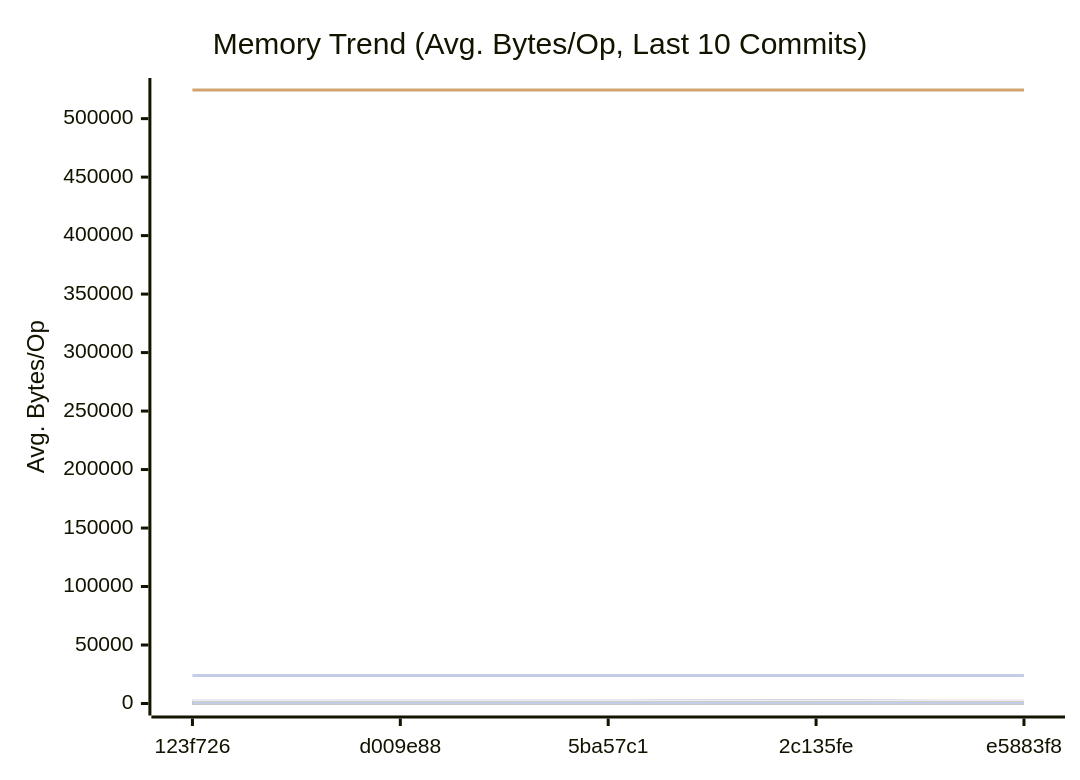
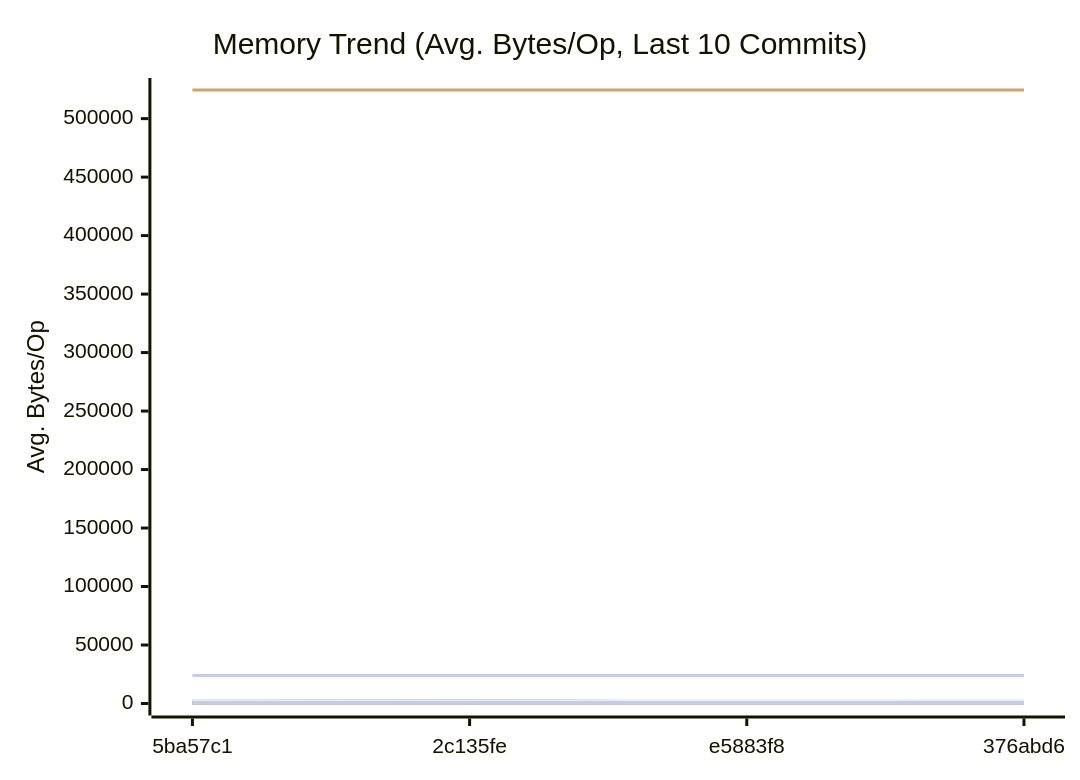
One commit to alsotoes/momo changed the second of 3 diagrams in docs/PERFORMANCE.md. Above: the diagram before and after it, drawn with Mermaid. The commit also changed other lines of this file and 1 other file, not shown here.

````diff
--- a/docs/PERFORMANCE.md
+++ b/docs/PERFORMANCE.md
@@ -310,44 +310,44 @@
 ```mermaid
 xychart-beta
     title "Memory Trend (Avg. Bytes/Op, Last 10 Commits)"
     x-axis "Commit"
     y-axis "Avg. Bytes/Op"
-    x-axis [123f726,d009e88,5ba57c1,2c135fe,e5883f8]
-    line "AWSChunkedReaderSigned" [120,108,126,118,88,161,167,124,108,128]
-    line "AWSChunkedReaderUnsigned" [114,131,113,112,99,161,164,139,116,147]
+    x-axis [5ba57c1,2c135fe,e5883f8,376abd6]
+    line "AWSChunkedReaderSigned" [126,118,88,161,167,124,108,128,114,123]
+    line "AWSChunkedReaderUnsigned" [113,112,99,161,164,139,116,147,109,121]
     line "CheckMetricsAndSwap" [0,0,0,0,0,0,0,0,0,0]
     line "CrushOptimized" [0,0,0,0,0,0,0,0,0,0]
     line "CrushOriginal" [164,164,164,164,164,164,164,164,164,164]
-    line "FormatListObjectsV2XML_AppendFormat" [524471,524446,524472,524454,524455,524439,524442,524446,524462,524483]
+    line "FormatListObjectsV2XML_AppendFormat" [524472,524454,524455,524439,524442,524446,524462,524483,524463,524491]
     line "FormatListObjectsV2XML_OldFormat" [24000,24000,24000,24000,24000,24000,24000,24000,24000,24000]
-    line "HashBytes/1MiB" [290,192,235,210,295,265,304,292,205,221]
-    line "HashBytes/256MiB" [223,299,222,227,257,282,305,290,229,220]
-    line "HashBytes/64MiB" [223,223,195,242,298,280,320,276,225,211]
-    line "HashFile/1MiB" [220,288,221,243,239,312,273,313,212,204]
-    line "HashFile/256MiB" [267,242,219,218,259,338,304,264,203,205]
-    line "HashFile/64MiB" [279,243,223,234,270,336,269,324,201,204]
+    line "HashBytes/1MiB" [235,210,295,265,304,292,205,221,207,239]
+    line "HashBytes/256MiB" [222,227,257,282,305,290,229,220,189,234]
+    line "HashBytes/64MiB" [195,242,298,280,320,276,225,211,189,213]
+    line "HashFile/1MiB" [221,243,239,312,273,313,212,204,182,175]
+    line "HashFile/256MiB" [219,218,259,338,304,264,203,205,211,184]
+    line "HashFile/64MiB" [223,234,270,336,269,324,201,204,237,203]
     line "IndexDirectTracking" [0,0,0,0,0,0,0,0,0,0]
     line "IndexSearch" [0,0,0,0,0,0,0,0,0,0]
     line "LastModifiedHeader_AppendFormat" [0,0,0,0,0,0,0,0,0,0]
     line "LastModifiedHeader_Format" [32,32,32,32,32,32,32,32,32,32]
     line "LoadGlobalConfig" [1976,1976,1976,1976,1976,1976,1976,1976,1976,1976]
-    line "LocalWrite/1MiB" [2000,2141,1920,2442,1282,1458,2352,2430,1992,1318]
-    line "LocalWrite/256MiB" [2198,2074,2231,2163,1698,2231,2851,2682,2123,1776]
-    line "LocalWrite/64MiB" [2347,2291,2205,2167,1927,2401,2788,2594,2044,1265]
+    line "LocalWrite/1MiB" [1920,2442,1282,1458,2352,2430,1992,1318,1899,1346]
+    line "LocalWrite/256MiB" [2231,2163,1698,2231,2851,2682,2123,1776,2213,1940]
+    line "LocalWrite/64MiB" [2205,2167,1927,2401,2788,2594,2044,1265,2063,1863]
     line "PadString" [64,64,64,64,64,64,64,64,64,64]
     line "ParseReplicationOrder_NoPrealloc" [408,408,408,408,408,248,248,248,248,248]
     line "ParseReplicationOrder_Prealloc" [240,240,240,240,240,80,80,80,80,80]
     line "Placement" [352,352,352,352,352,352,352,352,352,352]
     line "PlacementDomainSpread" [352,352,352,352,352,352,352,352,352,352]
-    line "ReadVerify/1MiB" [310,206,206,214,172,334,276,292,235,206]
-    line "ReadVerify/256MiB" [229,259,238,281,190,268,334,304,216,201]
-    line "ReadVerify/64MiB" [279,238,217,213,200,313,289,245,165,200]
-    line "S3PutSpool/1MiB" [188,261,207,221,160,277,241,233,181,162]
-    line "S3PutSpool/256MiB" [206,216,178,219,235,247,254,258,182,190]
-    line "S3PutSpool/64MiB" [211,189,243,247,177,273,230,242,175,170]
+    line "ReadVerify/1MiB" [206,214,172,334,276,292,235,206,264,221]
+    line "ReadVerify/256MiB" [238,281,190,268,334,304,216,201,233,215]
+    line "ReadVerify/64MiB" [217,213,200,313,289,245,165,200,233,217]
+    line "S3PutSpool/1MiB" [207,221,160,277,241,233,181,162,207,157]
+    line "S3PutSpool/256MiB" [178,219,235,247,254,258,182,190,202,165]
+    line "S3PutSpool/64MiB" [243,247,177,273,230,242,175,170,238,183]
     line "SanitizeLog/Safe" [0,0,0,0,0,0,0,0,0,0]
     line "SanitizeLog/Unsafe" [704,704,704,704,704,704,704,704,704,704]
-    line "TrustedRead/1MiB" [283,294,223,233,286,297,309,258,162,184]
-    line "TrustedRead/256MiB" [250,288,250,265,163,303,311,285,186,175]
-    line "TrustedRead/64MiB" [258,271,256,267,198,308,293,274,201,160]
+    line "TrustedRead/1MiB" [223,233,286,297,309,258,162,184,216,228]
+    line "TrustedRead/256MiB" [250,265,163,303,311,285,186,175,219,190]
+    line "TrustedRead/64MiB" [256,267,198,308,293,274,201,160,199,226]
 ```
````
